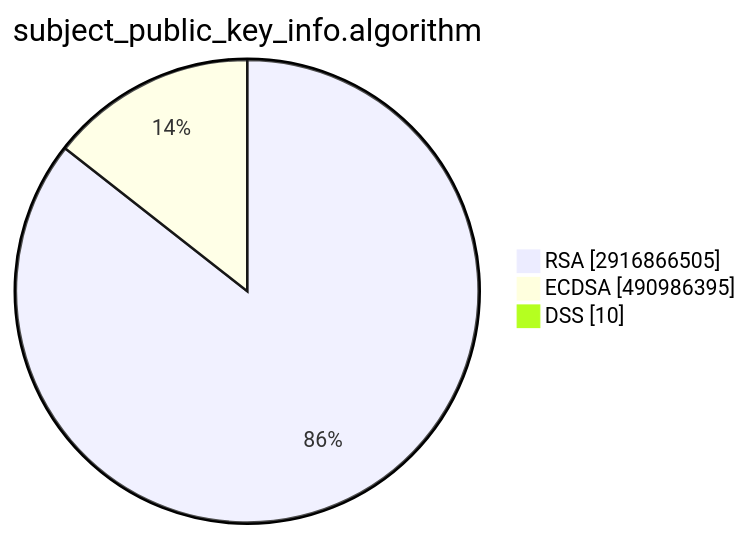
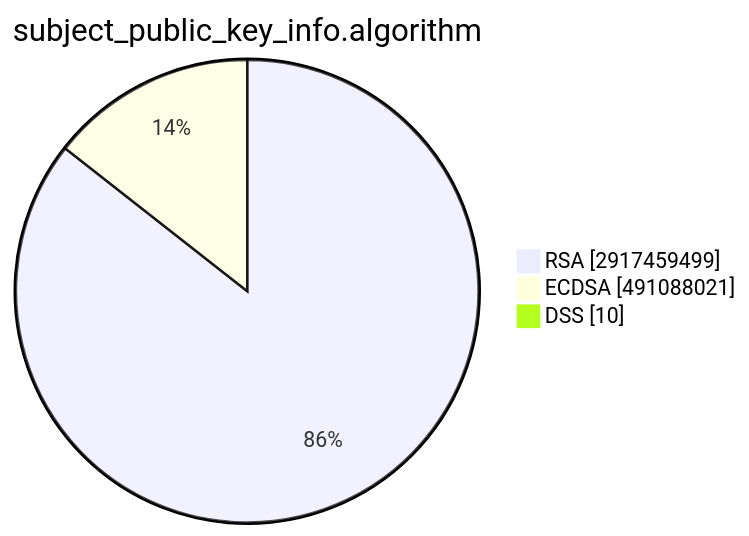
One commit to christiankrug/ctmonitor_visualization changed the second of 15 diagrams in TOTAL/README.md. Above: the diagram before and after it, drawn with Mermaid. The commit also changed other lines of this file, not shown here.

````diff
--- a/TOTAL/README.md
+++ b/TOTAL/README.md
@@ -6,7 +6,7 @@
 ```mermaid
 pie showData
 title subject_public_key_info.algorithm
-"RSA" :2916866505
-"ECDSA" :490986395
+"RSA" :2917459499
+"ECDSA" :491088021
 "DSS" :10
 ```
````
